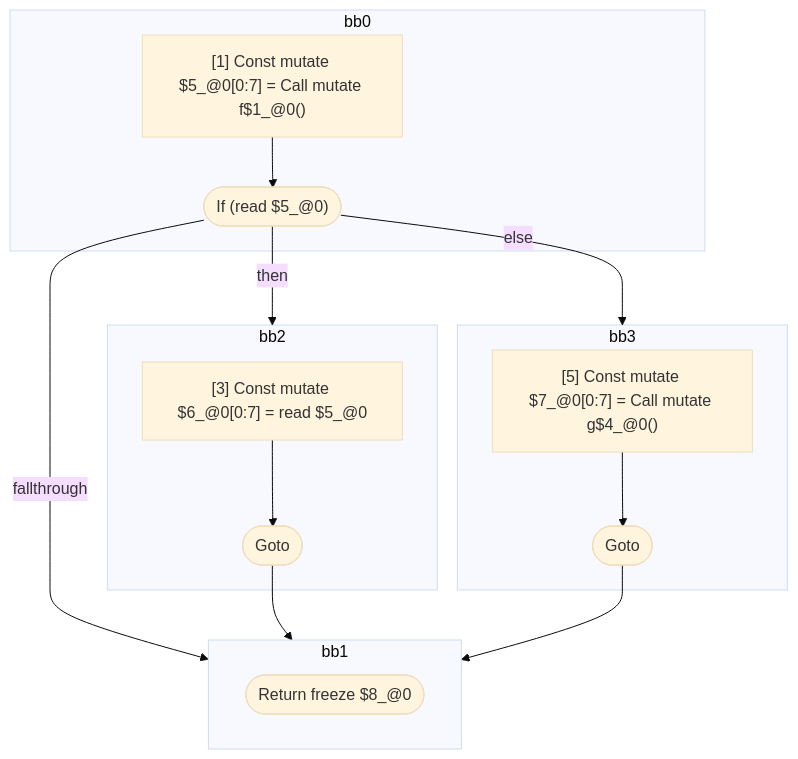
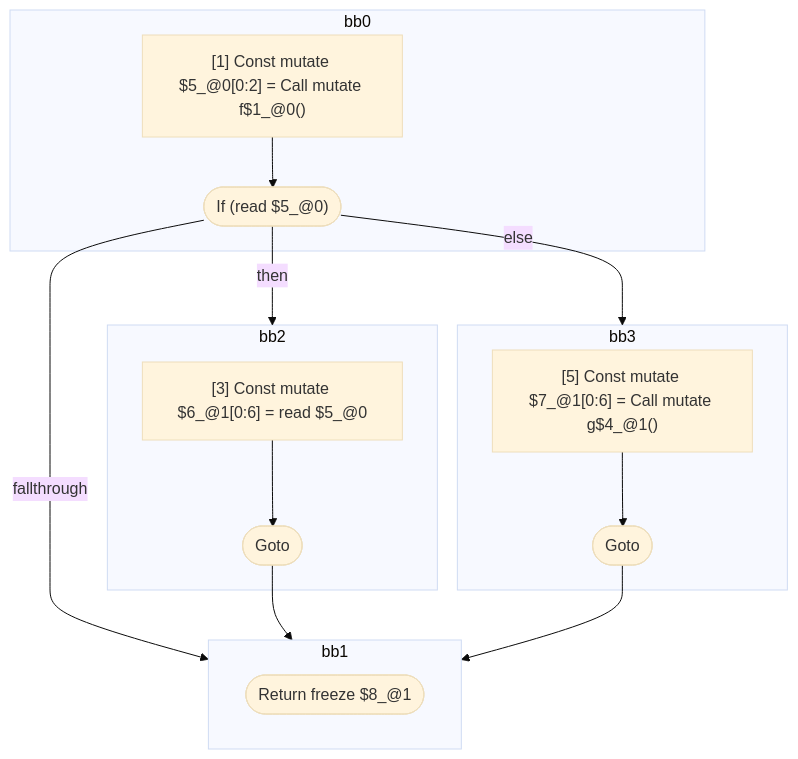
Before and after one commit to wutsmog/private: the second of 5 diagrams in compiler/forget/src/__tests__/fixtures/hir/logical-expression.expect.md, drawn with Mermaid (base theme). The commit also changed other lines of this file and 4 other files, not shown here.

````diff
--- a/compiler/forget/src/__tests__/fixtures/hir/logical-expression.expect.md
+++ b/compiler/forget/src/__tests__/fixtures/hir/logical-expression.expect.md
@@ -113,33 +113,33 @@
 ```mermaid
 flowchart TB
   %% Basic Blocks
   subgraph bb0
     bb0_instrs["
-      [1] Const mutate $5_@0[0:7] = Call mutate f$1_@0()
+      [1] Const mutate $5_@0[0:2] = Call mutate f$1_@0()
     "]
     bb0_instrs --> bb0_terminal(["If (read $5_@0)"])
   end
   subgraph bb2
     bb2_instrs["
-      [3] Const mutate $6_@0[0:7] = read $5_@0
+      [3] Const mutate $6_@1[0:6] = read $5_@0
     "]
     bb2_instrs --> bb2_terminal(["Goto"])
   end
   subgraph bb3
     bb3_instrs["
-      [5] Const mutate $7_@0[0:7] = Call mutate g$4_@0()
+      [5] Const mutate $7_@1[0:6] = Call mutate g$4_@1()
     "]
     bb3_instrs --> bb3_terminal(["Goto"])
   end
   subgraph bb1
-    bb1_terminal(["Return freeze $8_@0"])
+    bb1_terminal(["Return freeze $8_@1"])
   end
 
   %% Jumps
   bb0_terminal -- "then" --> bb2
   bb0_terminal -- "else" --> bb3
   bb0_terminal -- "fallthrough" --> bb1
   bb2_terminal --> bb1
   bb3_terminal --> bb1
 
 ```
````
